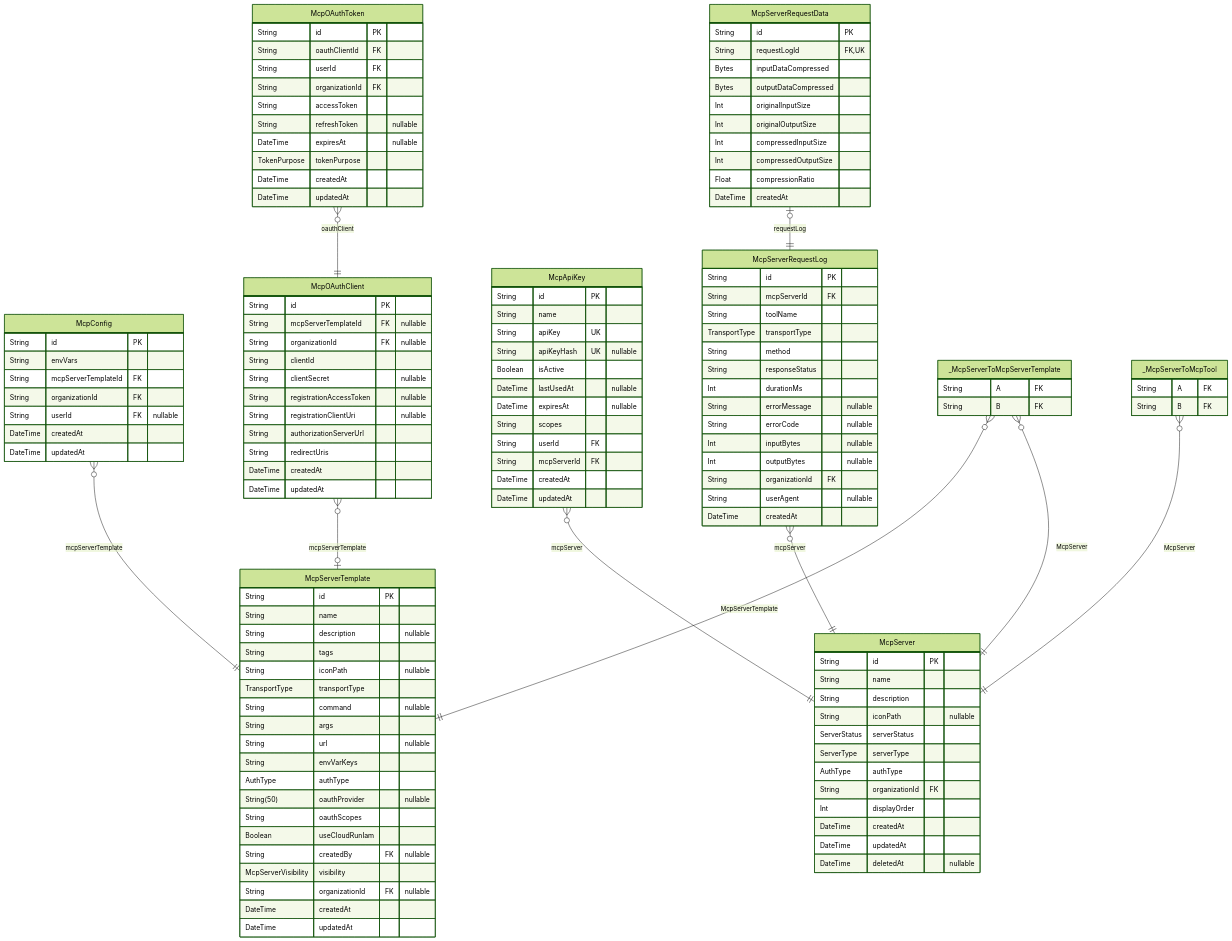
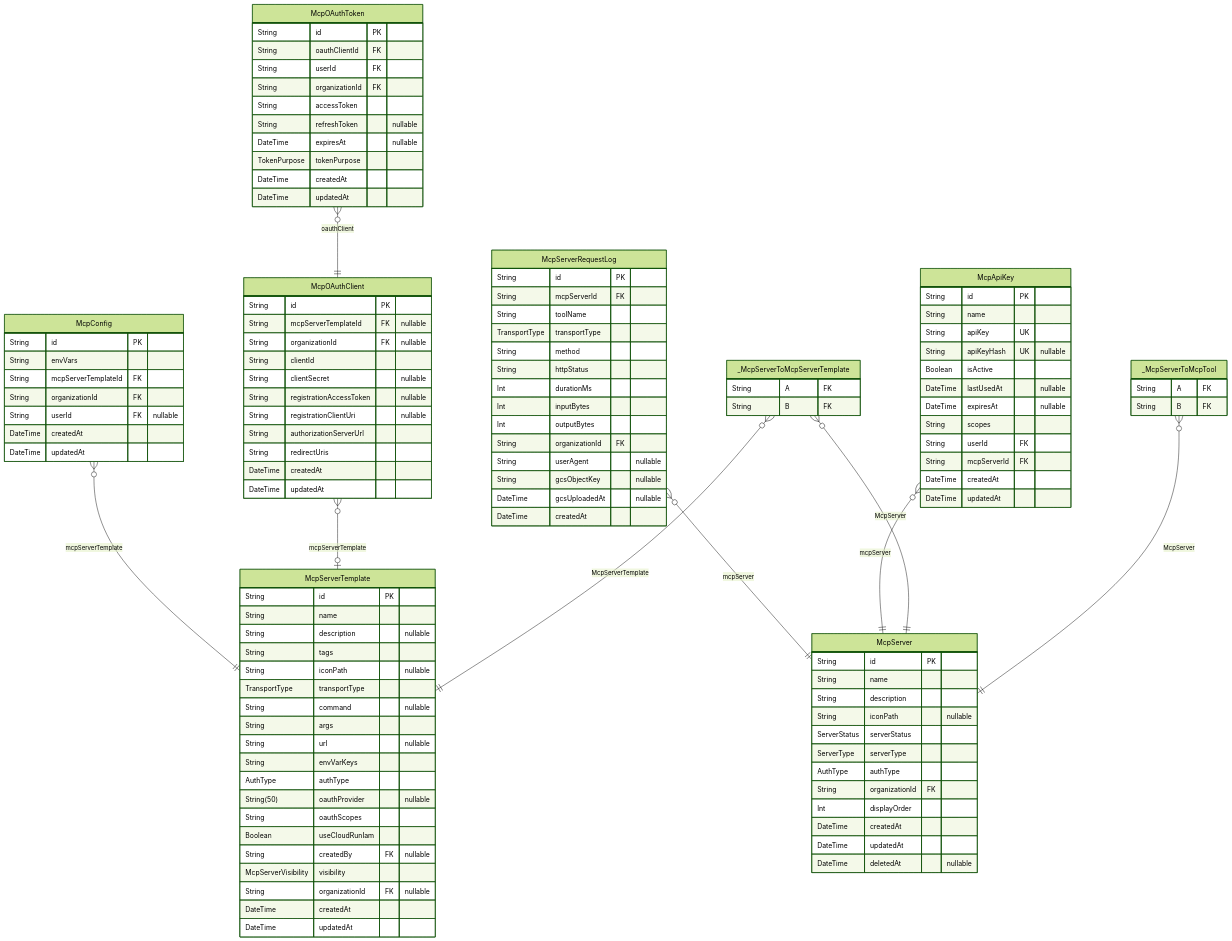
The fourth of 6 diagrams in packages/db/prisma/README.md (rayven122/tumiki), drawn with Mermaid (forest theme) before and after one commit. The commit also changed other lines of this file and 1 other file, not shown here.

Commit message:
feat: introduce user MCP server schema and update database README

```diff
--- a/packages/db/prisma/README.md
+++ b/packages/db/prisma/README.md
@@ -477,26 +477,14 @@
   String toolName
   TransportType transportType
   String method
-  String responseStatus
+  String httpStatus
   Int durationMs
-  String errorMessage "nullable"
-  String errorCode "nullable"
-  Int inputBytes "nullable"
-  Int outputBytes "nullable"
+  Int inputBytes
+  Int outputBytes
   String organizationId FK
   String userAgent "nullable"
-  DateTime createdAt
-}
-"McpServerRequestData" {
-  String id PK
-  String requestLogId FK,UK
-  Bytes inputDataCompressed
-  Bytes outputDataCompressed
-  Int originalInputSize
-  Int originalOutputSize
-  Int compressedInputSize
-  Int compressedOutputSize
-  Float compressionRatio
+  String gcsObjectKey "nullable"
+  DateTime gcsUploadedAt "nullable"
   DateTime createdAt
 }
 "McpApiKey" {
@@ -569,7 +557,6 @@
 }
 "McpConfig" }o--|| "McpServerTemplate" : mcpServerTemplate
 "McpServerRequestLog" }o--|| "McpServer" : mcpServer
-"McpServerRequestData" |o--|| "McpServerRequestLog" : requestLog
 "McpApiKey" }o--|| "McpServer" : mcpServer
 "McpOAuthClient" }o--o| "McpServerTemplate" : mcpServerTemplate
 "McpOAuthToken" }o--|| "McpOAuthClient" : oauthClient
```
